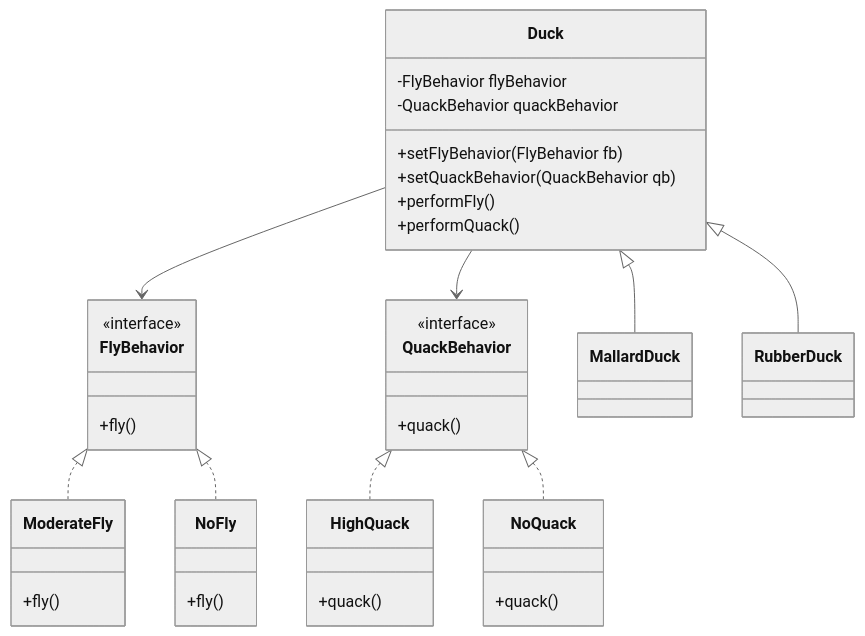
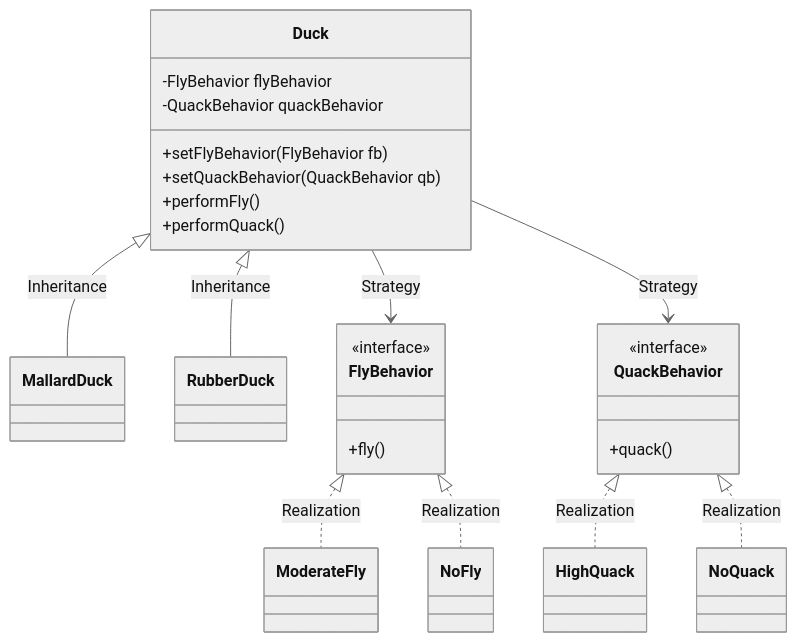
The diagram in strategy pattern/README.md (varunreddy624/DESIGN-PATTERNS), drawn with Mermaid (neutral theme) before and after one commit. The commit also changed 1 other file, not shown here.

Commit message:
strategy pattern

````diff
--- a/strategy pattern/README.md
+++ b/strategy pattern/README.md
@@ -1,43 +1,45 @@
 ```mermaid
 classDiagram
+    direction TB
+
+    %% Left Side: Duck Hierarchy
     class Duck {
         -FlyBehavior flyBehavior
         -QuackBehavior quackBehavior
         +setFlyBehavior(FlyBehavior fb)
         +setQuackBehavior(QuackBehavior qb)
         +performFly()
         +performQuack()
     }
+    
+    Duck <|-- MallardDuck : Inheritance
+    Duck <|-- RubberDuck : Inheritance
+    
+    %% Center/Right: Behavior Interfaces
     class FlyBehavior {
         <<interface>>
         +fly()
     }
     class QuackBehavior {
         <<interface>>
         +quack()
     }
-    class ModerateFly {
-        +fly()
-    }
-    class NoFly {
-        +fly()
-    }
-    class HighQuack {
-        +quack()
-    }
-    class NoQuack {
-        +quack()
-    }
-    class MallardDuck {
-    }
-    class RubberDuck {
-    }
-    Duck --> FlyBehavior
-    Duck --> QuackBehavior
-    Duck <|-- MallardDuck
-    Duck <|-- RubberDuck
-    FlyBehavior <|.. ModerateFly
-    FlyBehavior <|.. NoFly
-    QuackBehavior <|.. HighQuack
-    QuackBehavior <|.. NoQuack
+    
+    %% Associations
+    Duck --> FlyBehavior : Strategy
+    Duck --> QuackBehavior : Strategy
+
+    %% Bottom: Concrete Implementations
+    FlyBehavior <|.. ModerateFly : Realization
+    FlyBehavior <|.. NoFly : Realization
+    
+    QuackBehavior <|.. HighQuack : Realization
+    QuackBehavior <|.. NoQuack : Realization
+
+    class MallardDuck
+    class RubberDuck
+    class ModerateFly
+    class NoFly
+    class HighQuack
+    class NoQuack
 ```
````
